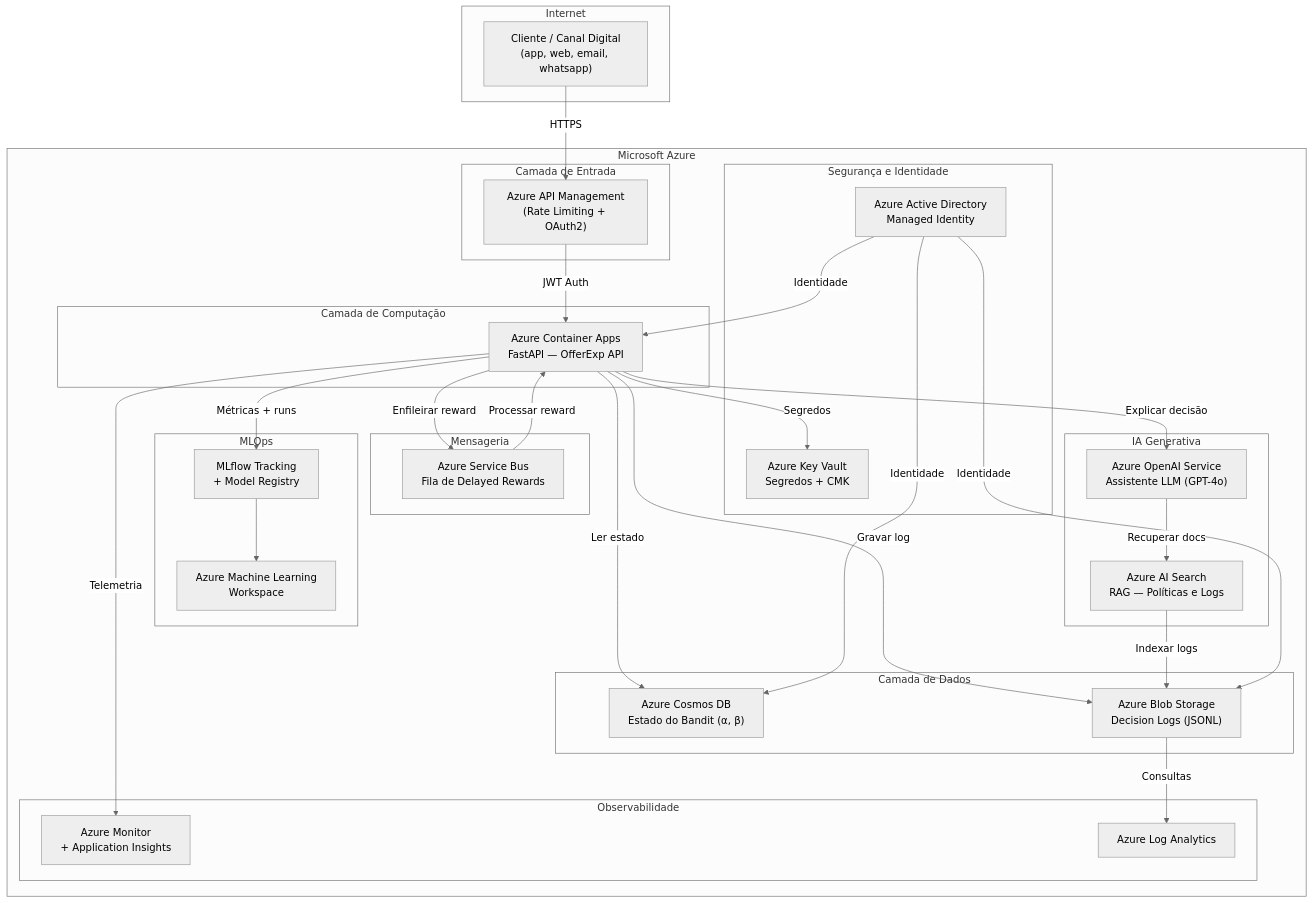
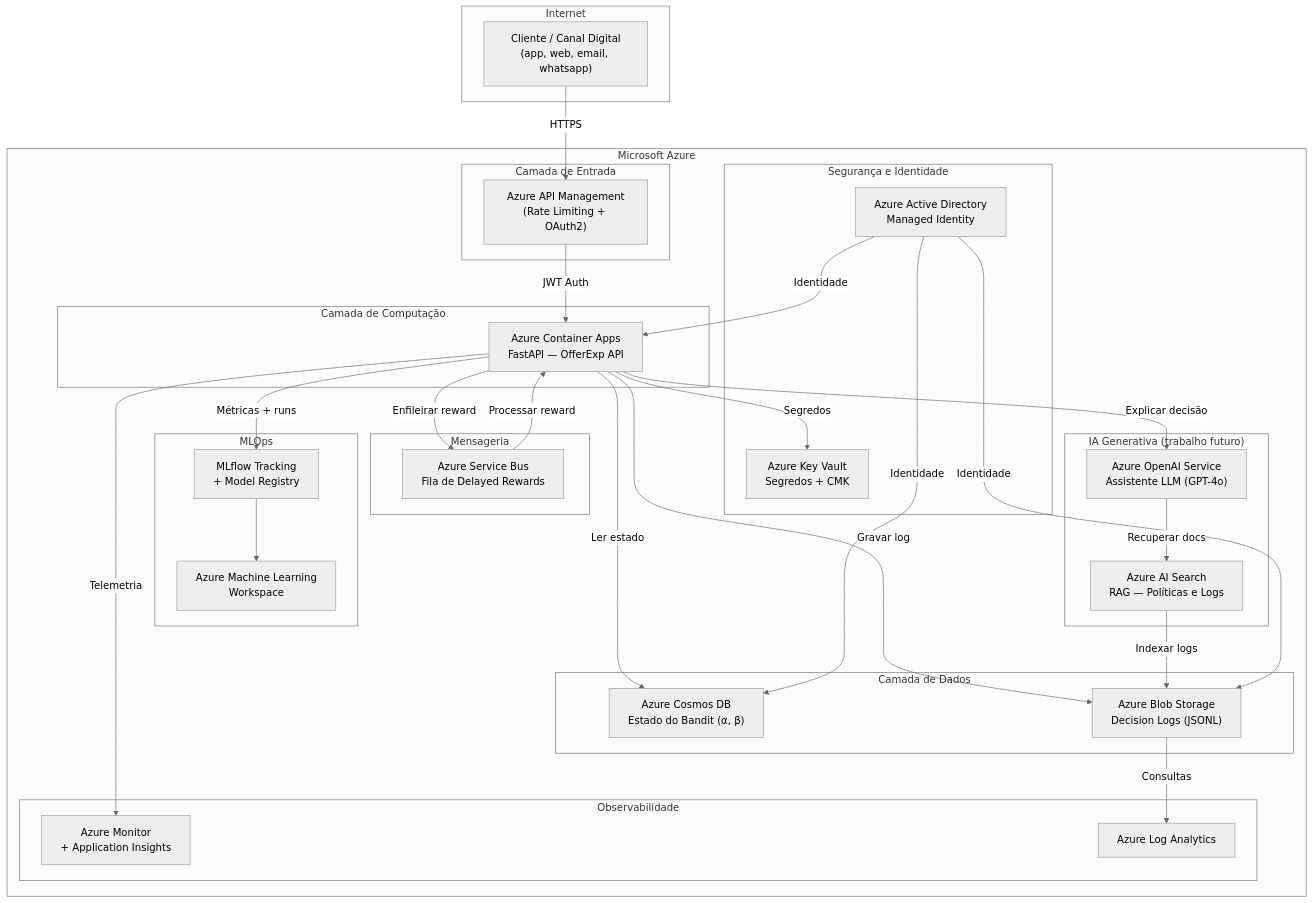
One commit to Gere-santos/datathon-7mlet-grupo-77 changed the diagram in docs/architecture-azure.md. Above: the diagram before and after it, drawn with Mermaid (neutral theme). The commit also changed other lines of this file and 2 other files, not shown here.

First line of the commit message:
docs: remove stale LLM references from architecture-azure, lgpd-plan, README

````diff
--- a/docs/architecture-azure.md
+++ b/docs/architecture-azure.md
@@ -15,63 +15,63 @@
 ```mermaid
 graph TD
     subgraph Internet
         Client["Cliente / Canal Digital\n(app, web, email, whatsapp)"]
     end
 
     subgraph Azure["Microsoft Azure"]
         subgraph Gateway["Camada de Entrada"]
             APIM["Azure API Management\n(Rate Limiting + OAuth2)"]
         end
 
         subgraph Compute["Camada de Computação"]
             ACA["Azure Container Apps\nFastAPI — OfferExp API"]
         end
 
         subgraph Data["Camada de Dados"]
             Cosmos["Azure Cosmos DB\nEstado do Bandit (α, β)"]
             Blob["Azure Blob Storage\nDecision Logs (JSONL)"]
         end
 
         subgraph Messaging["Mensageria"]
             SB["Azure Service Bus\nFila de Delayed Rewards"]
         end
 
         subgraph MLOps["MLOps"]
             AML["Azure Machine Learning\nWorkspace"]
             MLflow["MLflow Tracking\n+ Model Registry"]
         end
 
-        subgraph AI["IA Generativa"]
+        subgraph AI["IA Generativa (trabalho futuro)"]
             AOAI["Azure OpenAI Service\nAssistente LLM (GPT-4o)"]
             Search["Azure AI Search\nRAG — Políticas e Logs"]
         end
 
         subgraph Observability["Observabilidade"]
             Monitor["Azure Monitor\n+ Application Insights"]
             LogAnalytics["Azure Log Analytics"]
         end
 
         subgraph Security["Segurança e Identidade"]
             KV["Azure Key Vault\nSegredos + CMK"]
             AAD["Azure Active Directory\nManaged Identity"]
         end
     end
 
     Client -->|HTTPS| APIM
     APIM -->|JWT Auth| ACA
     ACA -->|Ler estado| Cosmos
     ACA -->|Gravar log| Blob
     ACA -->|Enfileirar reward| SB
     SB -->|Processar reward| ACA
     ACA -->|Métricas + runs| MLflow
     MLflow --> AML
     ACA -->|Explicar decisão| AOAI
     AOAI -->|Recuperar docs| Search
     Search -->|Indexar logs| Blob
     ACA -->|Telemetria| Monitor
     Blob -->|Consultas| LogAnalytics
     ACA -->|Segredos| KV
     AAD -->|Identidade| ACA
     AAD -->|Identidade| Cosmos
     AAD -->|Identidade| Blob
 ```
````
